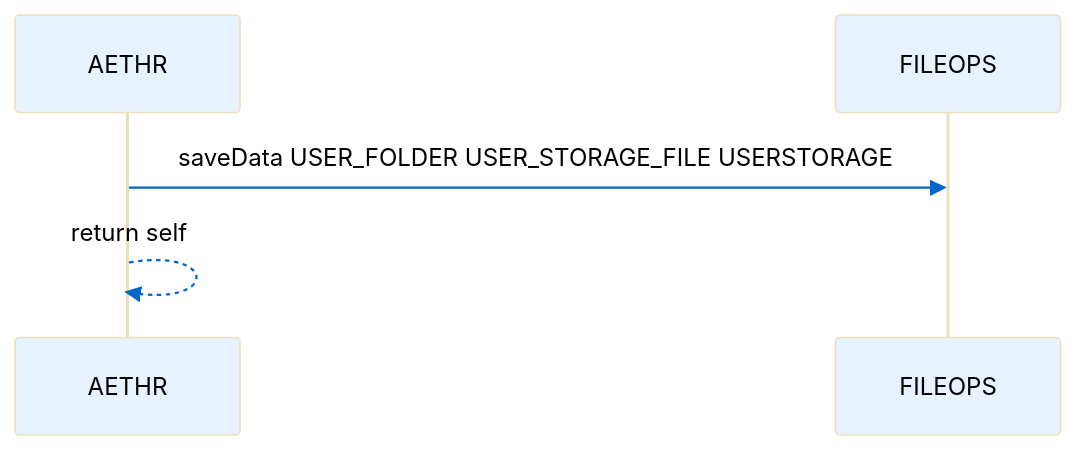
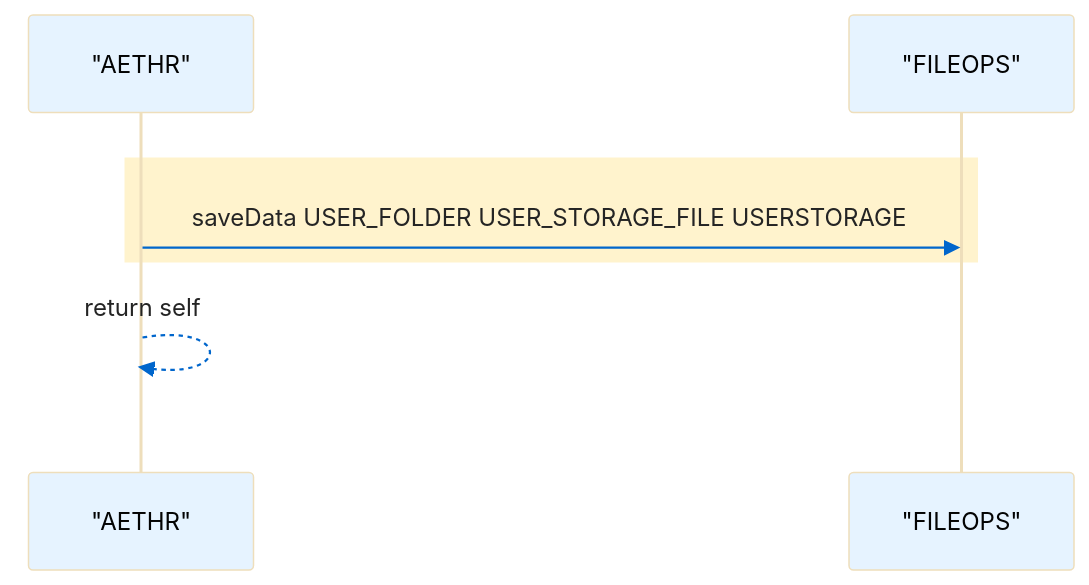
Before and after one commit to Gh0st352/AETHR: the fourth of 4 diagrams in docs/aethr/user_storage.md, drawn with Mermaid. The commit also changed other lines of this file and 6 other files, not shown here.

First line of the commit message:
Refactor documentation with enhanced flowcharts and sequence diagrams

````diff
--- a/docs/aethr/user_storage.md
+++ b/docs/aethr/user_storage.md
@@ -72,8 +111,13 @@
 ```mermaid
-%%{init: {"theme":"base","themeVariables":{"actorBkg":"#e6f3ff","actorTextColor":"#000","lineColor":"#495057","signalColor":"#0066cc","signalTextColor":"#000","fontSize":"14px"}}}%%
+%%{init: {"theme":"base","themeVariables":{"actorBkg":"#e6f3ff","actorTextColor":"#030303ff","lineColor":"#495057","signalColor":"#0066cc","signalTextColor":"#242424ff","textColor":"#000000ff","fontSize":"14px"}}}%%
 sequenceDiagram
-  participant A as AETHR
-  participant F as FILEOPS
-  A->>F: saveData USER_FOLDER USER_STORAGE_FILE USERSTORAGE
-  A-->>A: return self
+  participant A as "AETHR"
+  participant F as "FILEOPS"
+
+  rect rgba(255,255,255,0.75)
+    rect rgb(255,243,205)
+      A->>F: saveData USER_FOLDER USER_STORAGE_FILE USERSTORAGE
+    end
+    A-->>A: return self
+  end
 ```
````
